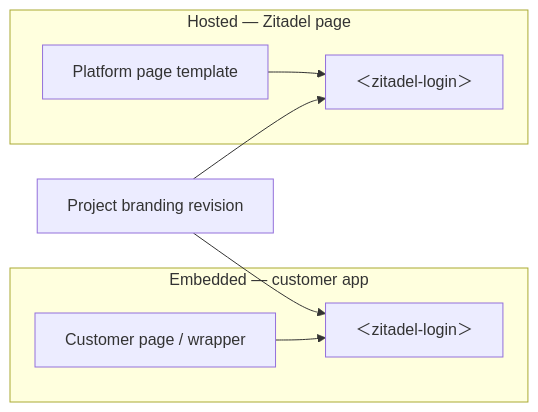
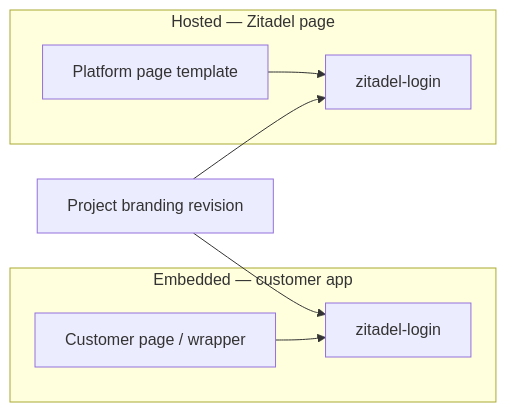
The first of 5 diagrams in docs/design/branding/customization-strategy.md (zitadel/nextgen), drawn with Mermaid before and after one commit. The commit also changed other lines of this file, not shown here.

First line of the commit message:
docs: use ASCII-only mermaid labels in customization graphs

````diff
--- a/docs/design/branding/customization-strategy.md
+++ b/docs/design/branding/customization-strategy.md
@@ -73,16 +73,16 @@
 ```mermaid
 flowchart LR
   subgraph embedded [Embedded — customer app]
     Page[Customer page / wrapper]
-    W1["＜zitadel-login＞"]
+    W1[zitadel-login]
     Page --> W1
   end
   subgraph hosted [Hosted — Zitadel page]
     Shell[Platform page template]
-    W2["＜zitadel-login＞"]
+    W2[zitadel-login]
     Shell --> W2
   end
   Branding[Project branding revision]
   Branding --> W1
   Branding --> W2
 ```
````
